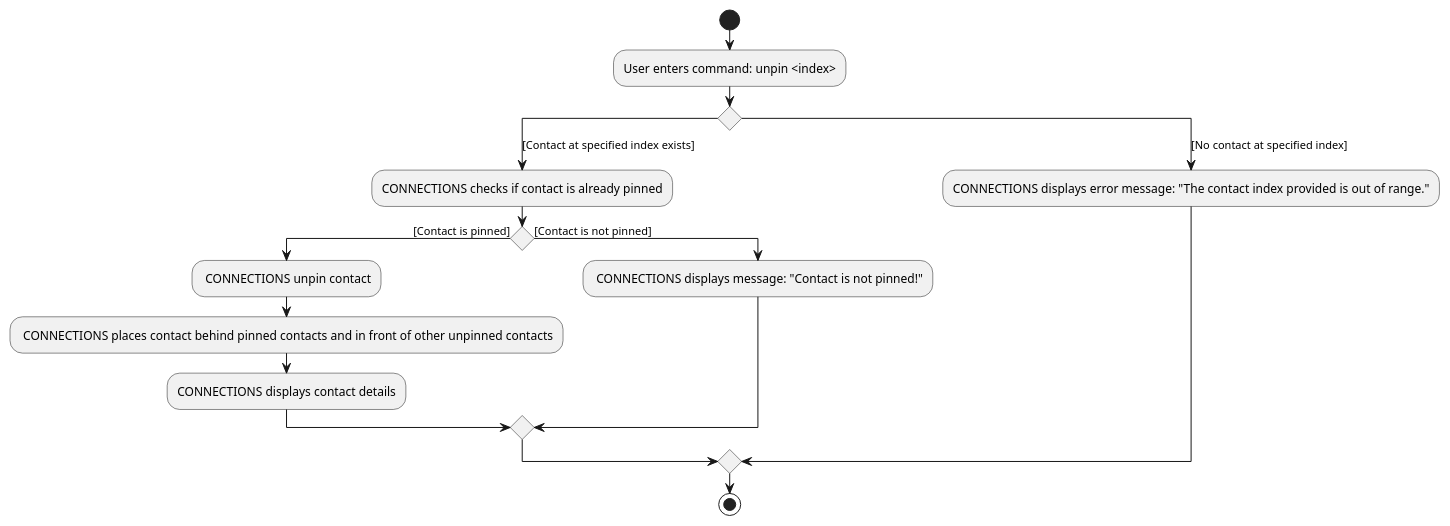
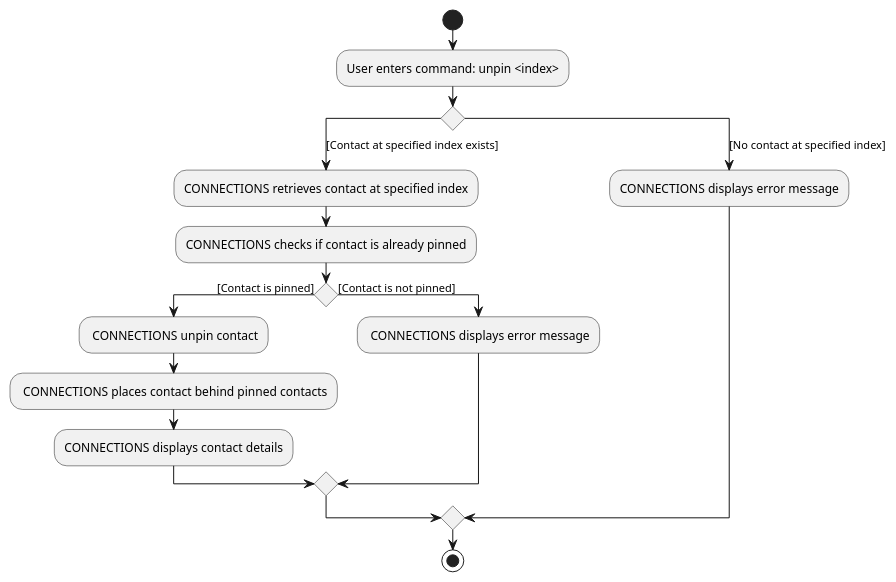
The diagram in docs/diagrams/UnpinActivityDiagram.puml (nus-cs2103-AY2122S1/tp), drawn with PlantUML before and after one commit. The commit also changed 3 other files, not shown here.

```diff
--- a/docs/diagrams/UnpinActivityDiagram.puml
+++ b/docs/diagrams/UnpinActivityDiagram.puml
@@ -1,23 +1,24 @@
 @startuml
 'https://plantuml.com/activity-diagram-beta
 
 start
 :User enters command: unpin <index>;
 switch()
 case ([Contact at specified index exists])
+  :CONNECTIONS retrieves contact at specified index;
   :CONNECTIONS checks if contact is already pinned;
   if () then ([Contact is pinned])
     : CONNECTIONS unpin contact;
-    : CONNECTIONS places contact behind pinned contacts and in front of other unpinned contacts;
+    : CONNECTIONS places contact behind pinned contacts;
     -CONNECTIONS displays contact details
   else ([Contact is not pinned])
-    : CONNECTIONS displays message: "Contact is not pinned!";
+    : CONNECTIONS displays error message;
   endif
 case ([No contact at specified index])
-  :CONNECTIONS displays error message: "The contact index provided is out of range.";
+  :CONNECTIONS displays error message;
 endswitch
 
 
 stop
 
 @enduml
```
